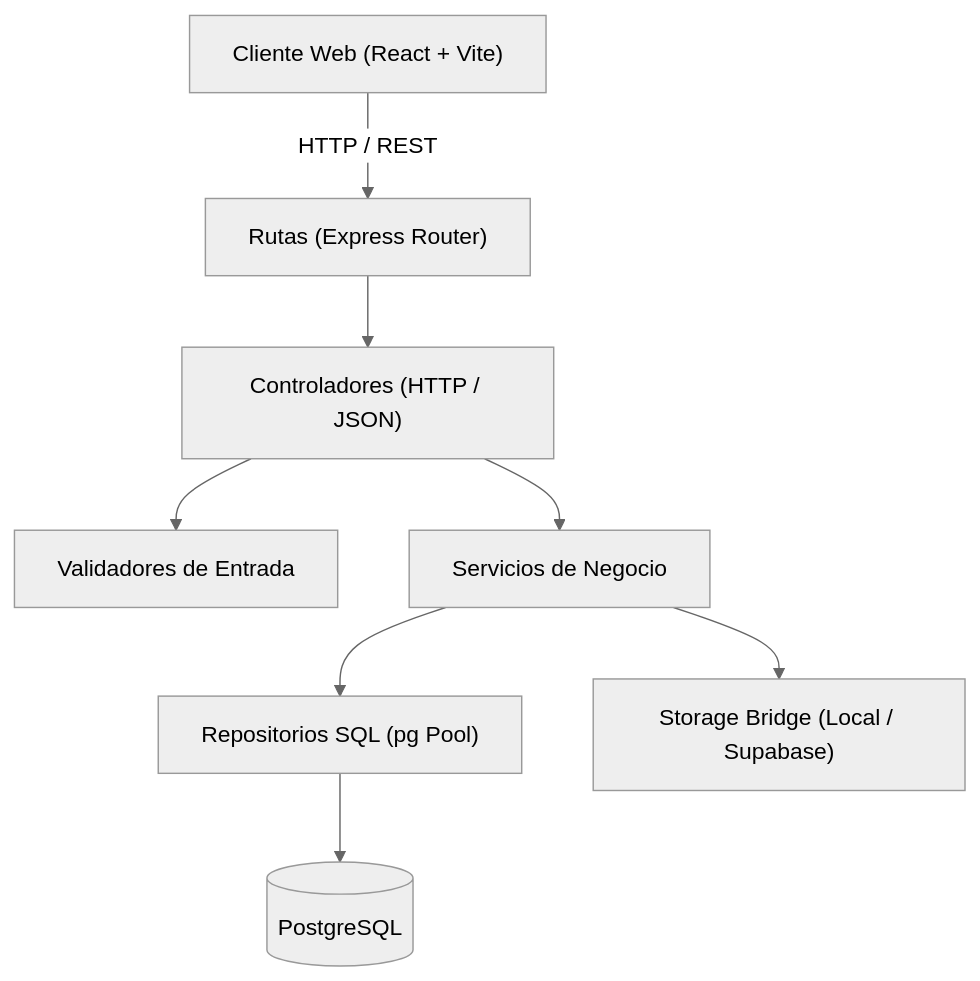
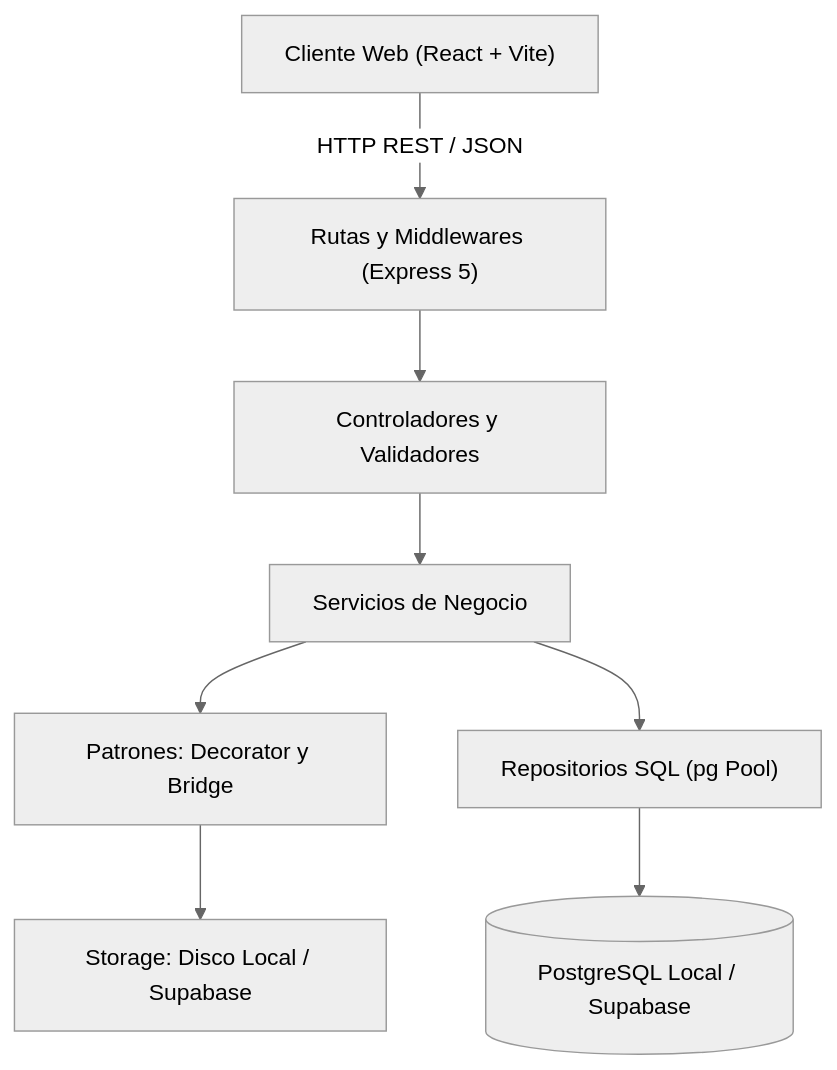
One commit to JFernn4/Servicio-de-Almacenamiento changed the fourth of 15 diagrams in docs/DOCUMENTACION_PROYECTO.md. Above: the diagram before and after it, drawn with Mermaid (neutral theme). The commit also changed other lines of this file and 8 other files, not shown here.

````diff
--- a/docs/DOCUMENTACION_PROYECTO.md
+++ b/docs/DOCUMENTACION_PROYECTO.md
@@ -231,19 +232,19 @@
 ```mermaid
 flowchart TD
     Cliente["Cliente Web (React + Vite)"]
-    Rutas["Rutas (Express Router)"]
-    Controladores["Controladores (HTTP / JSON)"]
-    Validadores["Validadores de Entrada"]
+    API["Rutas y Middlewares (Express 5)"]
+    Ctrl["Controladores y Validadores"]
     Servicios["Servicios de Negocio"]
-    Repositorios["Repositorios SQL (pg Pool)"]
-    StorageBridge["Storage Bridge (Local / Supabase)"]
-    Postgres[(PostgreSQL)]
+    Patrones["Patrones: Decorator y Bridge"]
+    Datos["Repositorios SQL (pg Pool)"]
+    Storage["Storage: Disco Local / Supabase"]
+    DB[(PostgreSQL Local / Supabase)]
 
-    Cliente -->|HTTP / REST| Rutas
-    Rutas --> Controladores
-    Controladores --> Validadores
-    Controladores --> Servicios
-    Servicios --> Repositorios
-    Servicios --> StorageBridge
-    Repositorios --> Postgres
+    Cliente -->|HTTP REST / JSON| API
+    API --> Ctrl
+    Ctrl --> Servicios
+    Servicios --> Patrones
+    Servicios --> Datos
+    Patrones --> Storage
+    Datos --> DB
 ```
````
